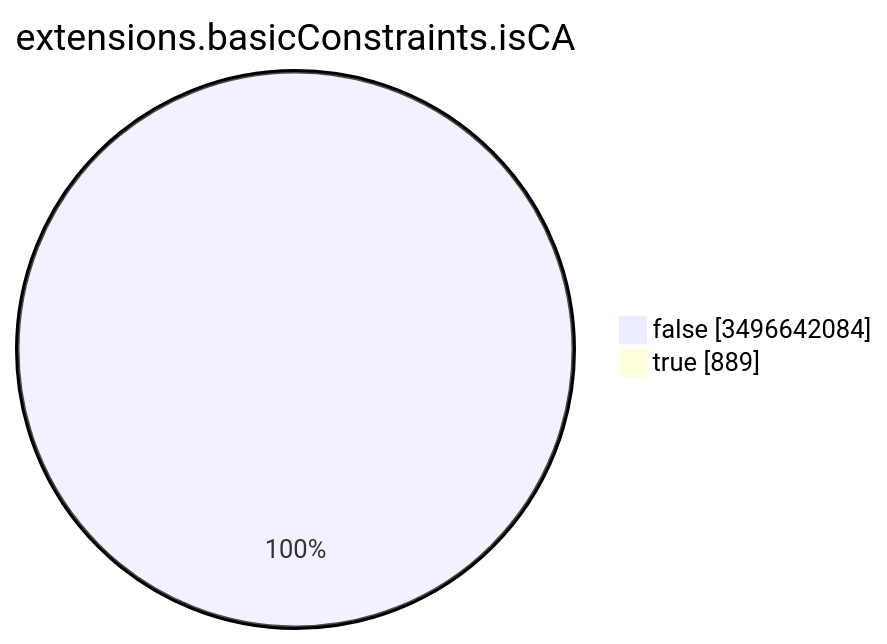
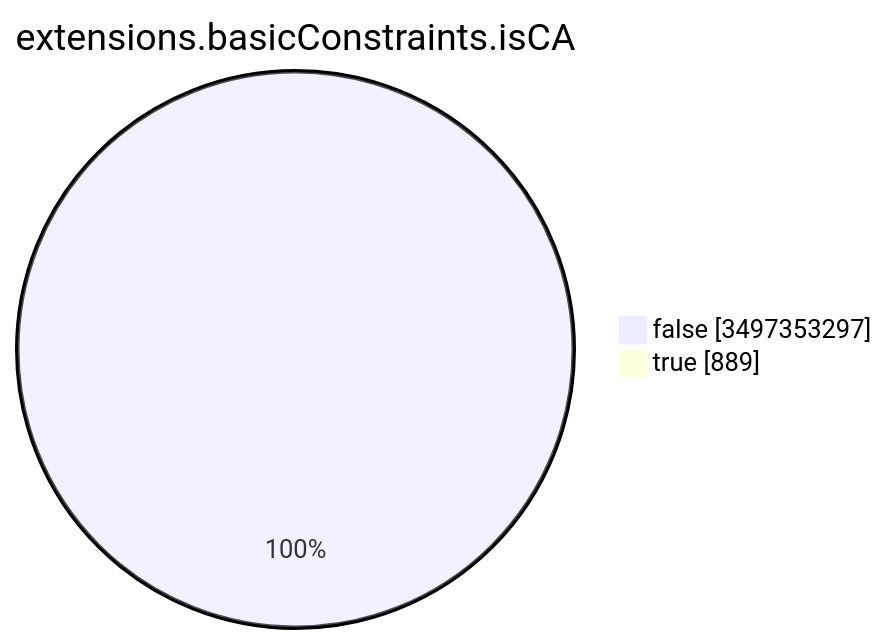
One commit to christiankrug/ctmonitor_visualization changed the seventh of 15 diagrams in TOTAL/README.md. Above: the diagram before and after it, drawn with Mermaid. The commit also changed other lines of this file, not shown here.

````diff
--- a/TOTAL/README.md
+++ b/TOTAL/README.md
@@ -3093,6 +3093,6 @@
 ```mermaid
 pie showData
 title extensions.basicConstraints.isCA
-"false" :3496642084
+"false" :3497353297
 "true" :889
 ```
````
